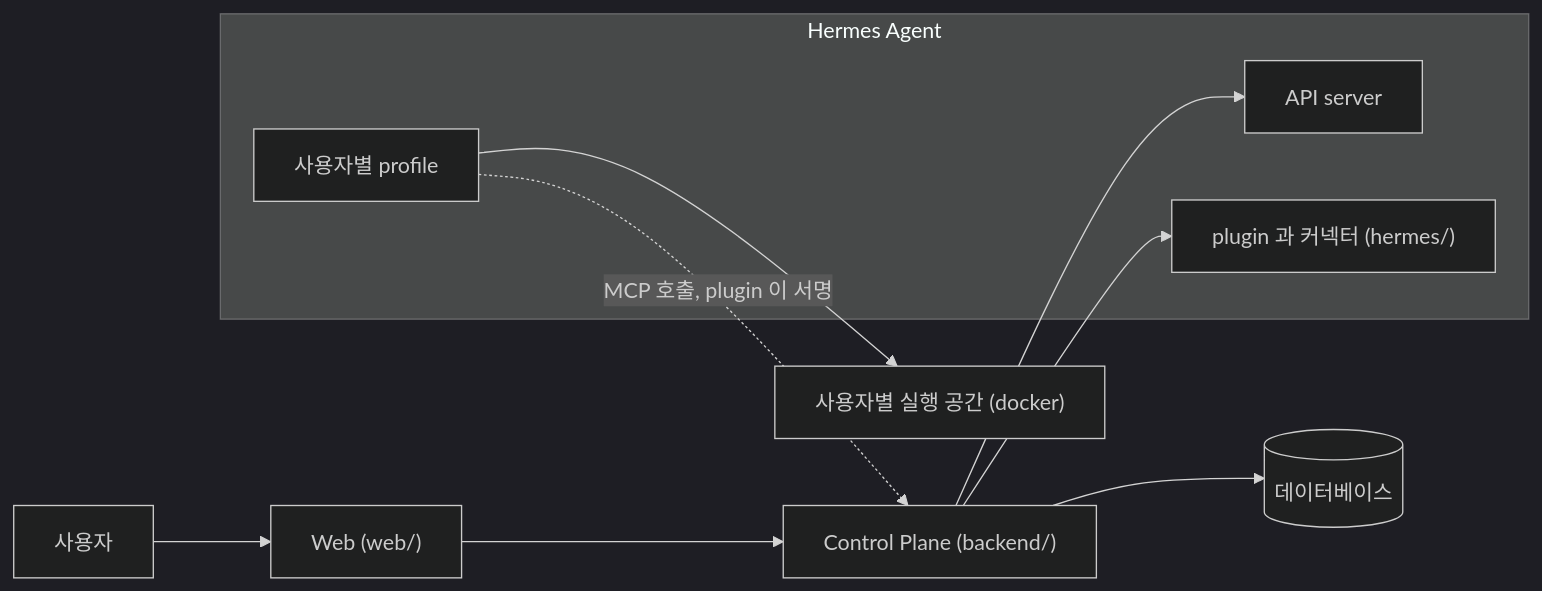
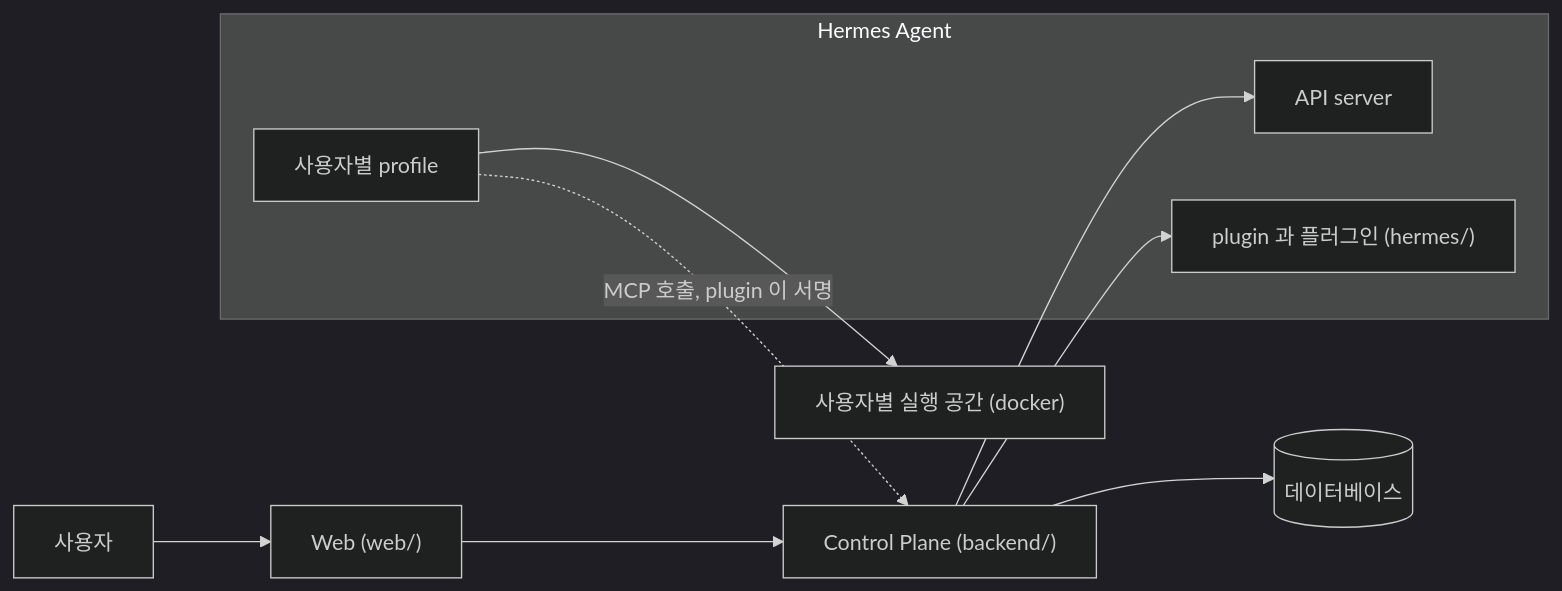
The diagram in README.ko.md (jon890/fos-assistant), drawn with Mermaid (dark theme) before and after one commit. The commit also changed other lines of this file and 26 other files, not shown here.

First line of the commit message:
docs(docs): 문서와 용어표의 「커넥터」 를 「플러그인」 으로 바꾼다

````diff
--- a/README.ko.md
+++ b/README.ko.md
@@ -171,15 +171,15 @@
 ```mermaid
 flowchart LR
     U[사용자] --> W["Web (web/)"]
     W --> C["Control Plane (backend/)"]
     C --> DB[(데이터베이스)]
     C --> A
     C --> G
     subgraph H[Hermes Agent]
         A[API server]
         P[사용자별 profile]
-        G["plugin 과 커넥터 (hermes/)"]
+        G["plugin 과 플러그인 (hermes/)"]
     end
     P -. "MCP 호출, plugin 이 서명" .-> C
     P --> S["사용자별 실행 공간 (docker)"]
 ```
````
